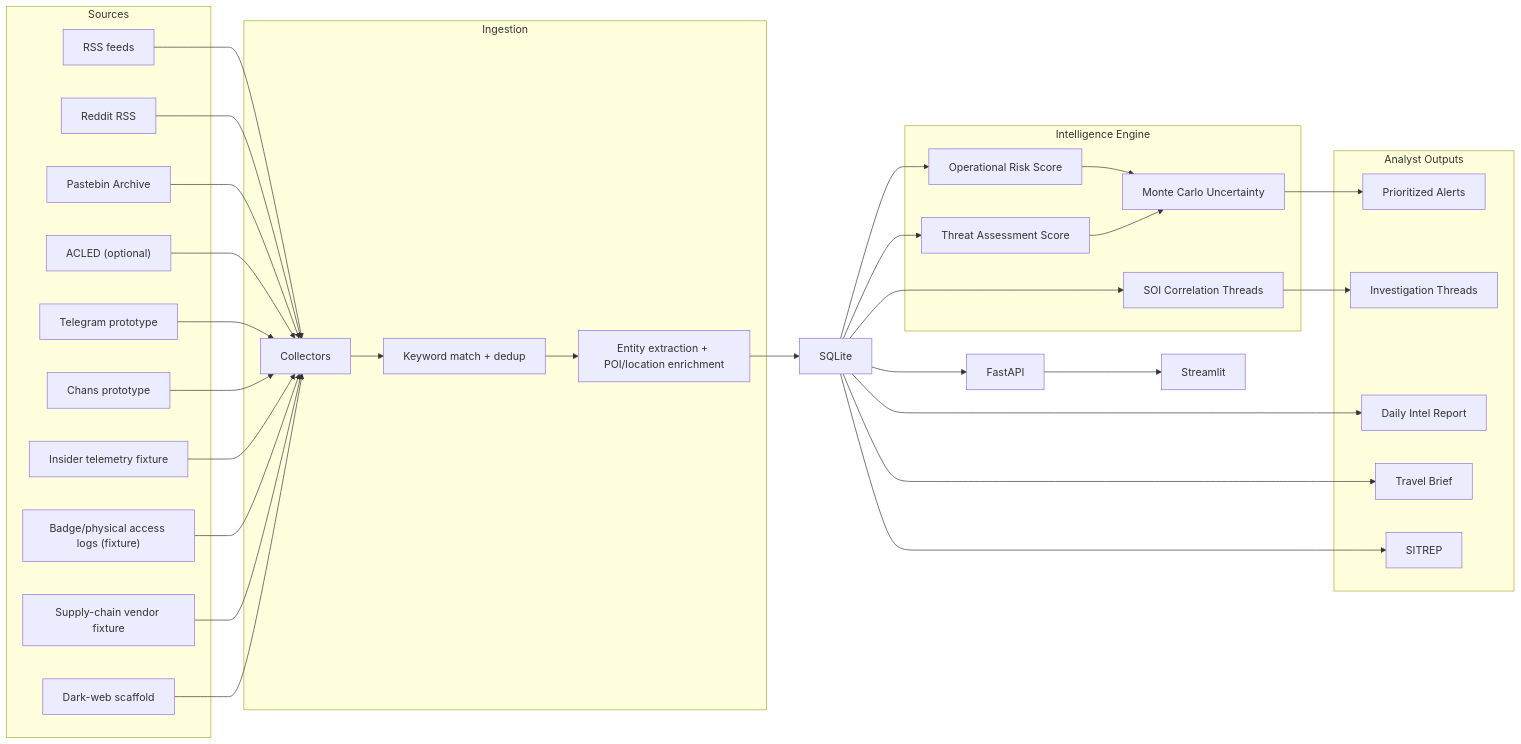
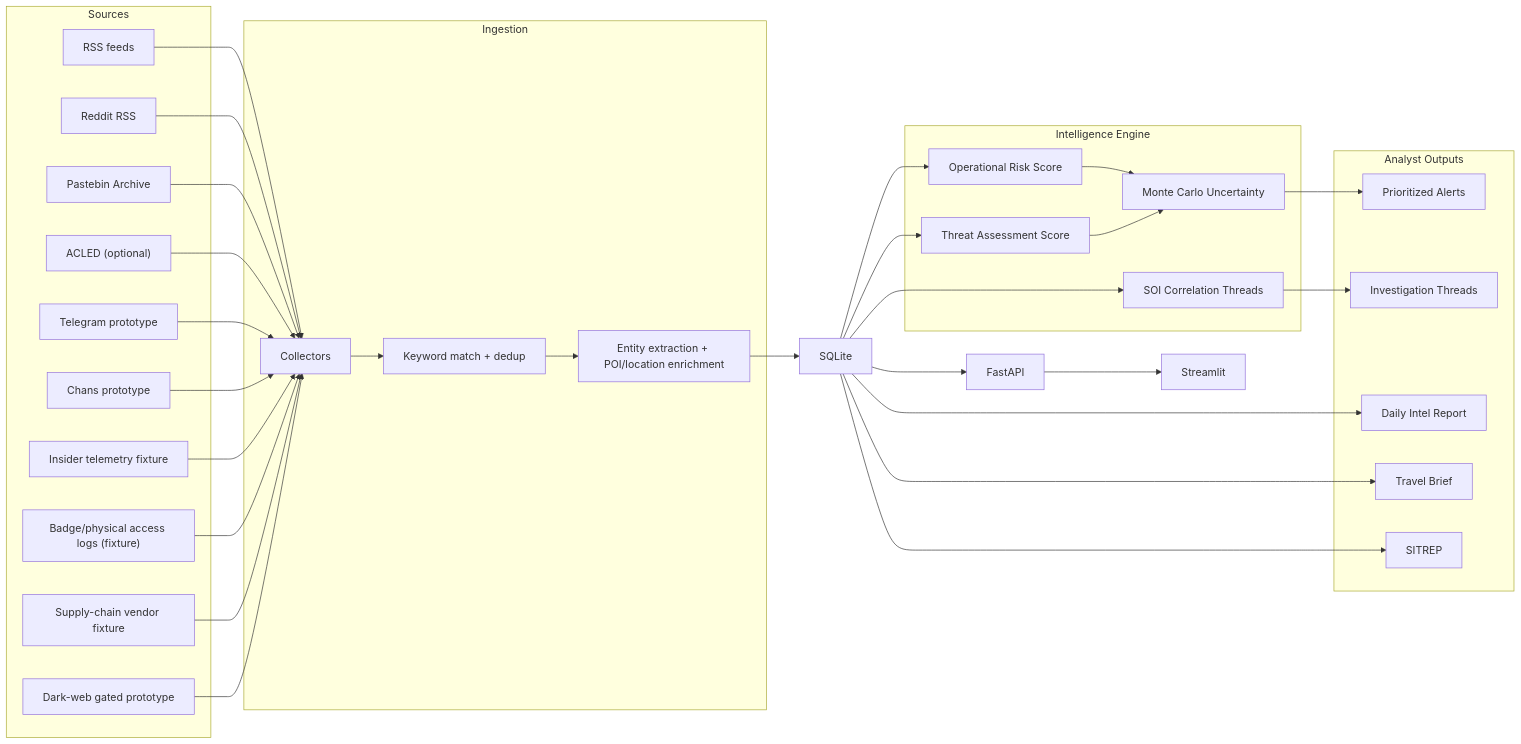
The diagram in README.md (wksprojects/protective-intelligence-assistant), drawn with Mermaid before and after one commit. The commit also changed other lines of this file and 8 other files, not shown here.

````diff
--- a/README.md
+++ b/README.md
@@ -150,66 +164,66 @@
 ```mermaid
 flowchart LR
     subgraph Sources
         RSS["RSS feeds"]
         Reddit["Reddit RSS"]
         Paste["Pastebin Archive"]
         ACLED["ACLED (optional)"]
         TG["Telegram prototype"]
         Chans["Chans prototype"]
         Insider["Insider telemetry fixture"]
         Physical["Badge/physical access logs (fixture)"]
         Vendor["Supply-chain vendor fixture"]
-        DW["Dark-web scaffold"]
+        DW["Dark-web gated prototype"]
     end
 
     subgraph Ingestion
         Collect["Collectors"]
         Match["Keyword match + dedup"]
         Extract["Entity extraction + POI/location enrichment"]
     end
 
     subgraph Intelligence Engine
         Corr["SOI Correlation Threads"]
         ORS["Operational Risk Score"]
         TAS["Threat Assessment Score"]
         MC["Monte Carlo Uncertainty"]
     end
 
     subgraph Analyst Outputs
         Alerts["Prioritized Alerts"]
         Threads["Investigation Threads"]
         Daily["Daily Intel Report"]
         Travel["Travel Brief"]
         SITREP["SITREP"]
     end
 
     DB["SQLite"]
     API["FastAPI"]
     UI["Streamlit"]
 
     RSS --> Collect
     Reddit --> Collect
     Paste --> Collect
     ACLED --> Collect
     TG --> Collect
     Chans --> Collect
     Insider --> Collect
     Physical --> Collect
     Vendor --> Collect
     DW --> Collect
 
     Collect --> Match --> Extract --> DB
     DB --> Corr
     DB --> ORS
     DB --> TAS
     ORS --> MC
     TAS --> MC
 
     Corr --> Threads
     MC --> Alerts
     DB --> Daily
     DB --> Travel
     DB --> SITREP
 
     DB --> API --> UI
 ```
````
